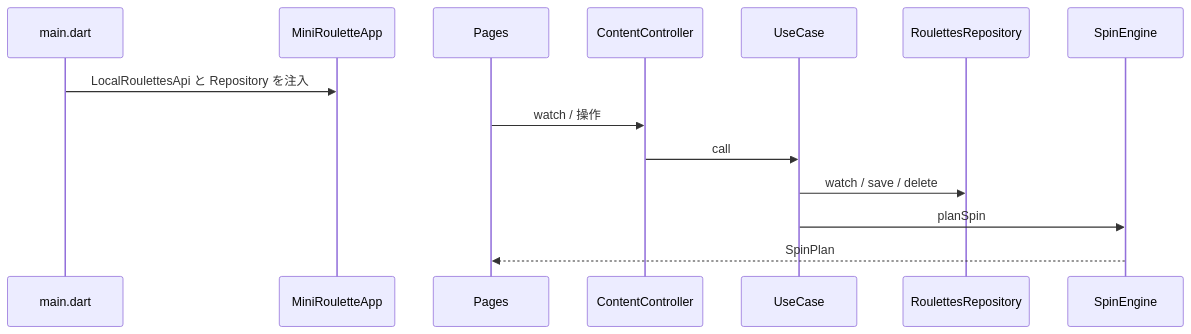
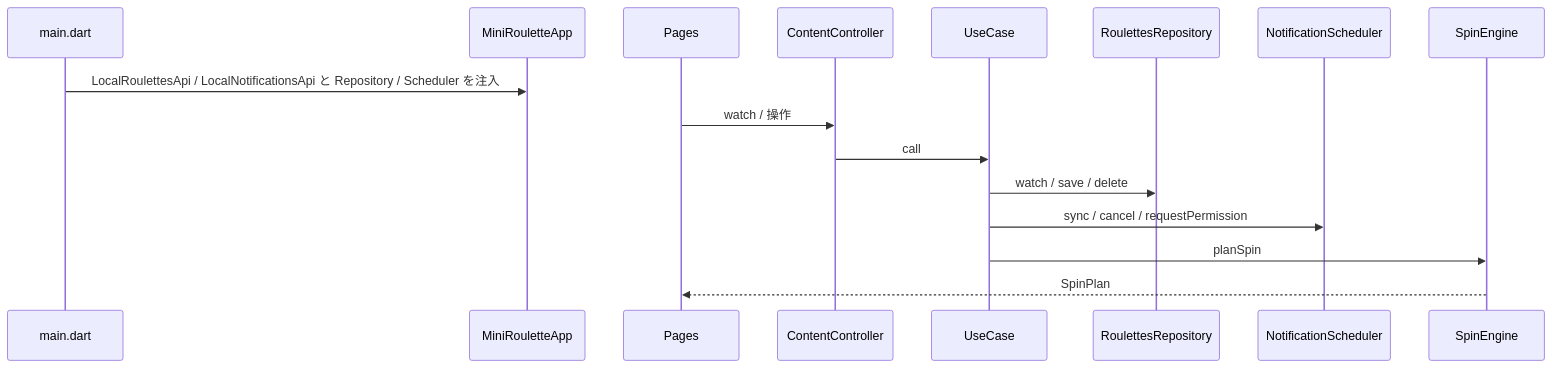
Before and after one commit to helum/mini-roulette: the second of 2 diagrams in .cursor/rules/architecture.mdc, drawn with Mermaid. The commit also changed other lines of this file and 29 other files, not shown here.

````diff
--- a/.cursor/rules/architecture.mdc
+++ b/.cursor/rules/architecture.mdc
@@ -47,17 +59,19 @@
 ```mermaid
 sequenceDiagram
   participant Main as main.dart
   participant App as MiniRouletteApp
   participant Page as Pages
   participant CC as ContentController
   participant UC as UseCase
   participant Repo as RoulettesRepository
+  participant Sched as NotificationScheduler
   participant Engine as SpinEngine
 
-  Main->>App: LocalRoulettesApi と Repository を注入
+  Main->>App: LocalRoulettesApi / LocalNotificationsApi と Repository / Scheduler を注入
   Page->>CC: watch / 操作
   CC->>UC: call
   UC->>Repo: watch / save / delete
+  UC->>Sched: sync / cancel / requestPermission
   UC->>Engine: planSpin
   Engine-->>Page: SpinPlan
 ```
````
